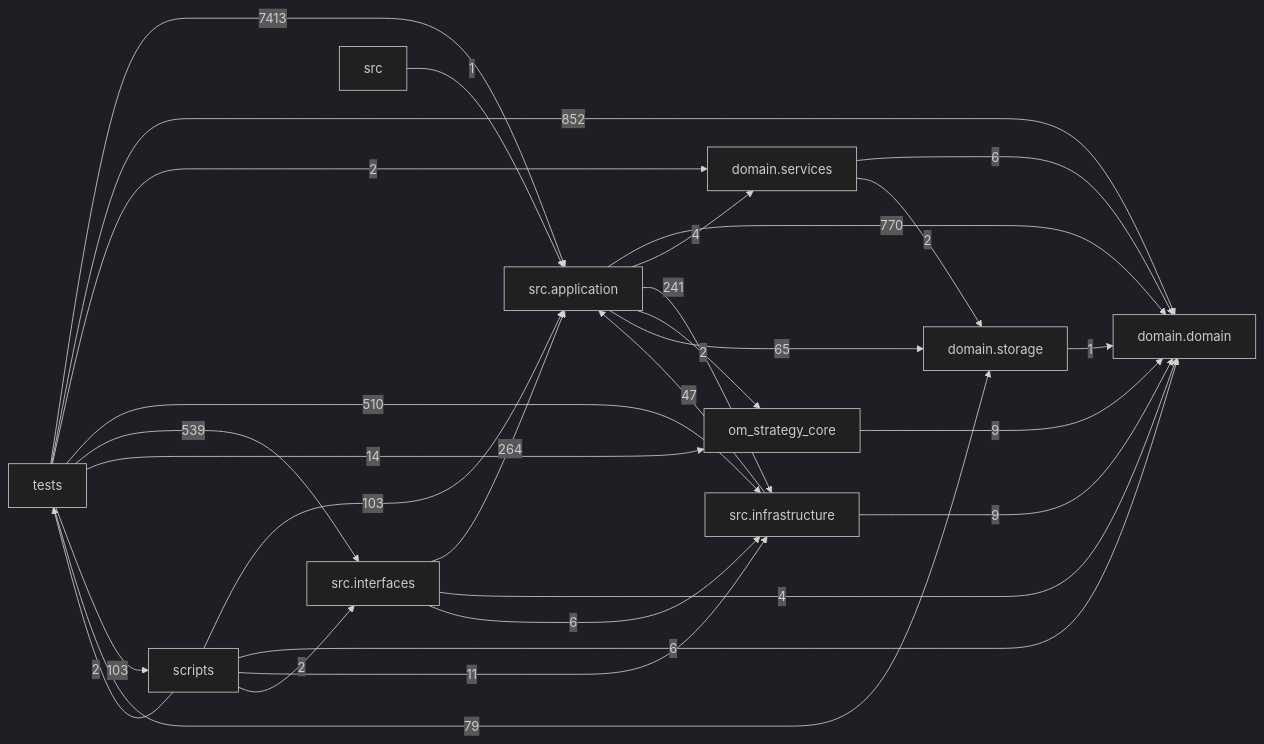
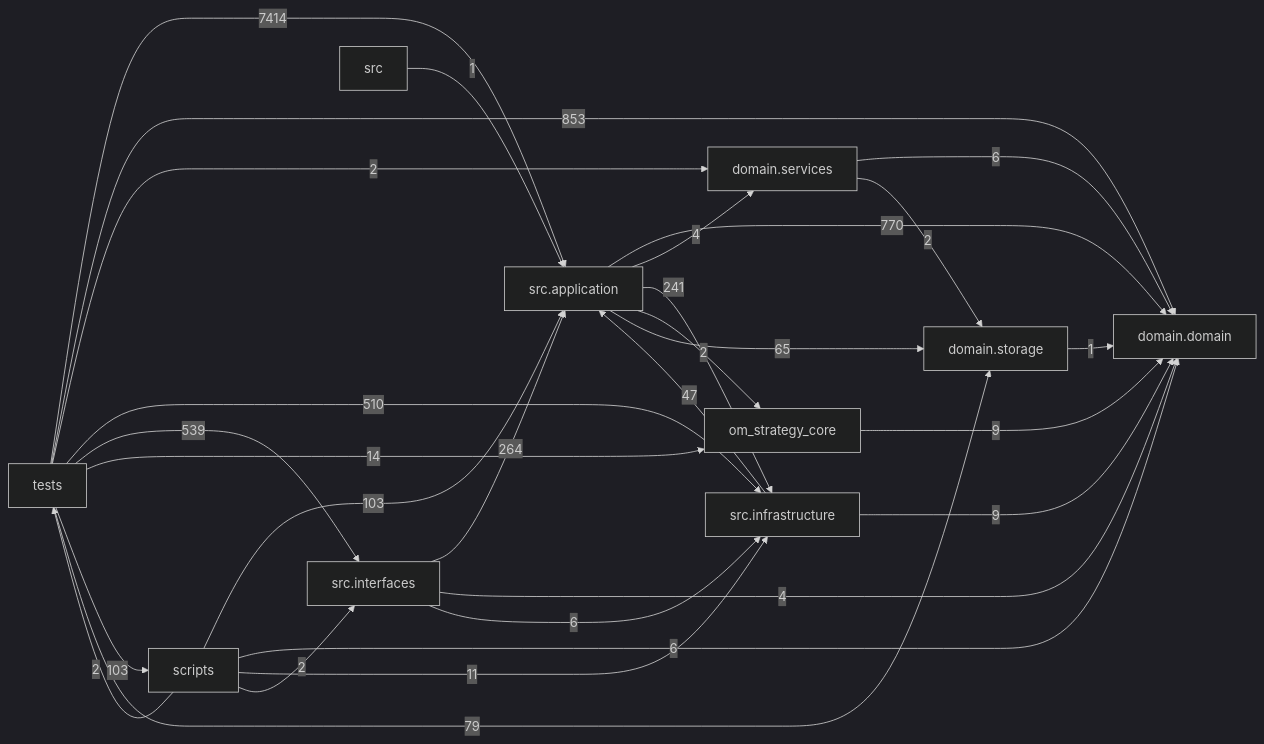
Before and after one commit to liuxie066/options-monitor: the diagram in docs/DEPENDENCY_GRAPH.md, drawn with Mermaid (dark theme). The commit also changed other lines of this file and 1 other file, not shown here.

````diff
--- a/docs/DEPENDENCY_GRAPH.md
+++ b/docs/DEPENDENCY_GRAPH.md
@@ -24,39 +24,39 @@
 ```mermaid
 flowchart LR
   tests["tests"]
   scripts["scripts"]
   interfaces["src.interfaces"]
   application["src.application"]
   infrastructure["src.infrastructure"]
   domain_services["domain.services"]
   domain["domain.domain"]
   storage["domain.storage"]
   application -->|770| domain
   application -->|4| domain_services
   application -->|241| infrastructure
   application -->|2| om_strategy_core
   application -->|65| storage
   domain_services -->|6| domain
   domain_services -->|2| storage
   infrastructure -->|47| application
   infrastructure -->|9| domain
   interfaces -->|264| application
   interfaces -->|4| domain
   interfaces -->|6| infrastructure
   om_strategy_core -->|9| domain
   scripts -->|103| application
   scripts -->|6| domain
   scripts -->|11| infrastructure
   scripts -->|2| interfaces
   scripts -->|2| tests
   src -->|1| application
   storage -->|1| domain
-  tests -->|7413| application
-  tests -->|852| domain
+  tests -->|7414| application
+  tests -->|853| domain
   tests -->|2| domain_services
   tests -->|510| infrastructure
   tests -->|539| interfaces
   tests -->|14| om_strategy_core
   tests -->|103| scripts
   tests -->|79| storage
 ```
````
